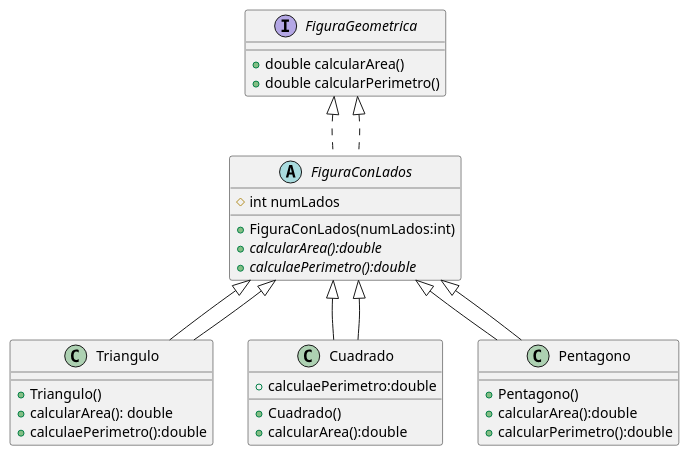
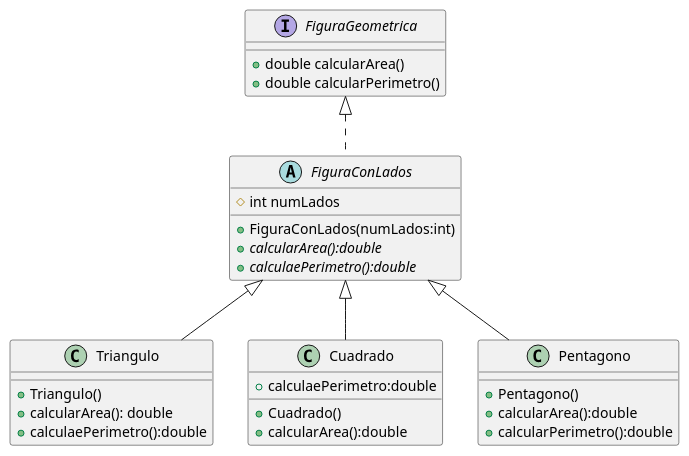
One commit to 100robert/LABORATORIO_POO_2024 changed the diagram in LABORATORIO_POO/CLASE_07/Ejercicio_parte_01.puml. Above: the diagram before and after it, drawn with PlantUML. The commit also changed 6 other files, not shown here.

```diff
--- a/LABORATORIO_POO/CLASE_07/Ejercicio_parte_01.puml
+++ b/LABORATORIO_POO/CLASE_07/Ejercicio_parte_01.puml
@@ -1,37 +1,33 @@
 @startuml   
 
 interface FiguraGeometrica {
     +double calcularArea()
     +double calcularPerimetro()
 }
 
 abstract class FiguraConLados implements FiguraGeometrica {
     # int numLados
     +FiguraConLados(numLados:int)
     {abstract} + calcularArea():double
     {abstract} + calculaePerimetro():double
 }
 
 class Triangulo extends FiguraConLados {
     +Triangulo()
     +calcularArea(): double
     +calculaePerimetro():double
 }
 
 class Cuadrado extends FiguraConLados {
     +Cuadrado()
     +calcularArea():double
     +calculaePerimetro:double
 }
 
 class Pentagono extends FiguraConLados {
     +Pentagono()
     +calcularArea():double
     +calcularPerimetro():double
 }
-FiguraGeometrica <|.. FiguraConLados
-FiguraConLados <|-- Triangulo
-FiguraConLados <|-- Cuadrado
-FiguraConLados <|-- Pentagono
 
 @enduml
```
